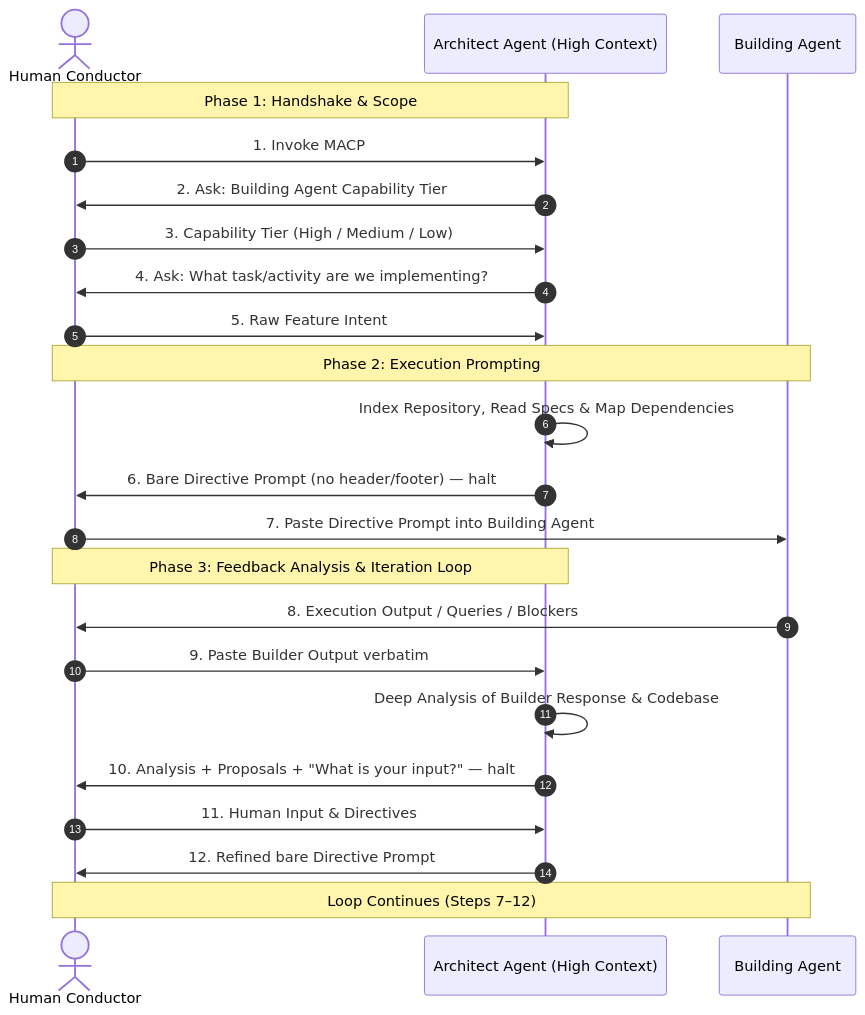
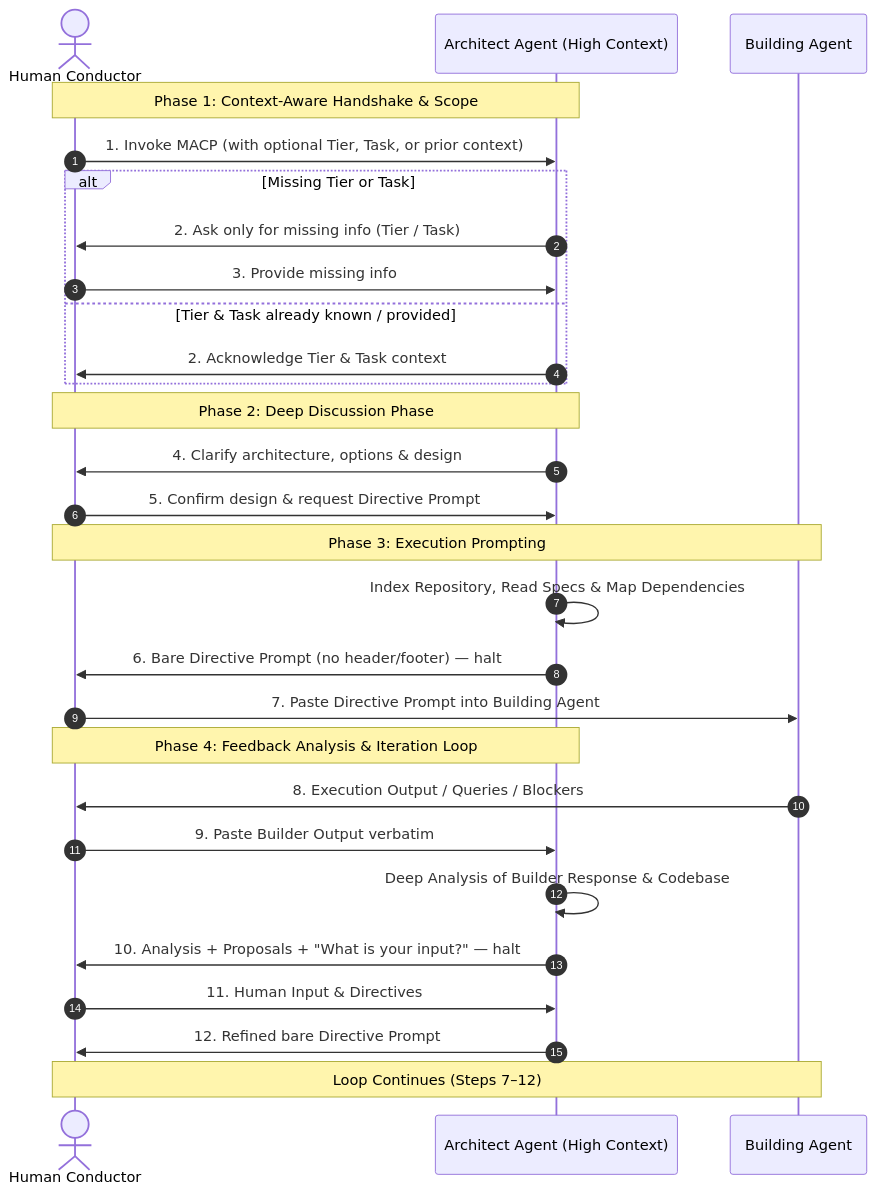
Before and after one commit to firumon/little-leap-aql: the diagram in References/Prompt Library/MACP.md, drawn with Mermaid. The commit also changed other lines of this file, not shown here.

Commit message:
docs(macp): add smart context handshake to eliminate redundant tier and task prompts

````diff
--- a/References/Prompt Library/MACP.md
+++ b/References/Prompt Library/MACP.md
@@ -13,28 +13,34 @@
 ```mermaid
 sequenceDiagram
     autonumber
     actor H as Human Conductor
     participant A as Architect Agent (High Context)
     participant B as Building Agent
 
-    Note over H,A: Phase 1: Handshake & Scope
-    H->>A: 1. Invoke MACP
-    A->>H: 2. Ask: Building Agent Capability Tier
-    H->>A: 3. Capability Tier (High / Medium / Low)
-    A->>H: 4. Ask: What task/activity are we implementing?
-    H->>A: 5. Raw Feature Intent
+    Note over H,A: Phase 1: Context-Aware Handshake & Scope
+    H->>A: 1. Invoke MACP (with optional Tier, Task, or prior context)
+    alt Missing Tier or Task
+        A->>H: 2. Ask only for missing info (Tier / Task)
+        H->>A: 3. Provide missing info
+    else Tier & Task already known / provided
+        A->>H: 2. Acknowledge Tier & Task context
+    end
 
-    Note over H,B: Phase 2: Execution Prompting
+    Note over H,A: Phase 2: Deep Discussion Phase
+    A->>H: 4. Clarify architecture, options & design
+    H->>A: 5. Confirm design & request Directive Prompt
+
+    Note over H,B: Phase 3: Execution Prompting
     A->>A: Index Repository, Read Specs & Map Dependencies
     A->>H: 6. Bare Directive Prompt (no header/footer) — halt
     H->>B: 7. Paste Directive Prompt into Building Agent
 
-    Note over H,A: Phase 3: Feedback Analysis & Iteration Loop
+    Note over H,A: Phase 4: Feedback Analysis & Iteration Loop
     B->>H: 8. Execution Output / Queries / Blockers
     H->>A: 9. Paste Builder Output verbatim
     A->>A: Deep Analysis of Builder Response & Codebase
     A->>H: 10. Analysis + Proposals + "What is your input?" — halt
     H->>A: 11. Human Input & Directives
     A->>H: 12. Refined bare Directive Prompt
     Note over H,B: Loop Continues (Steps 7–12)
 ```
````
